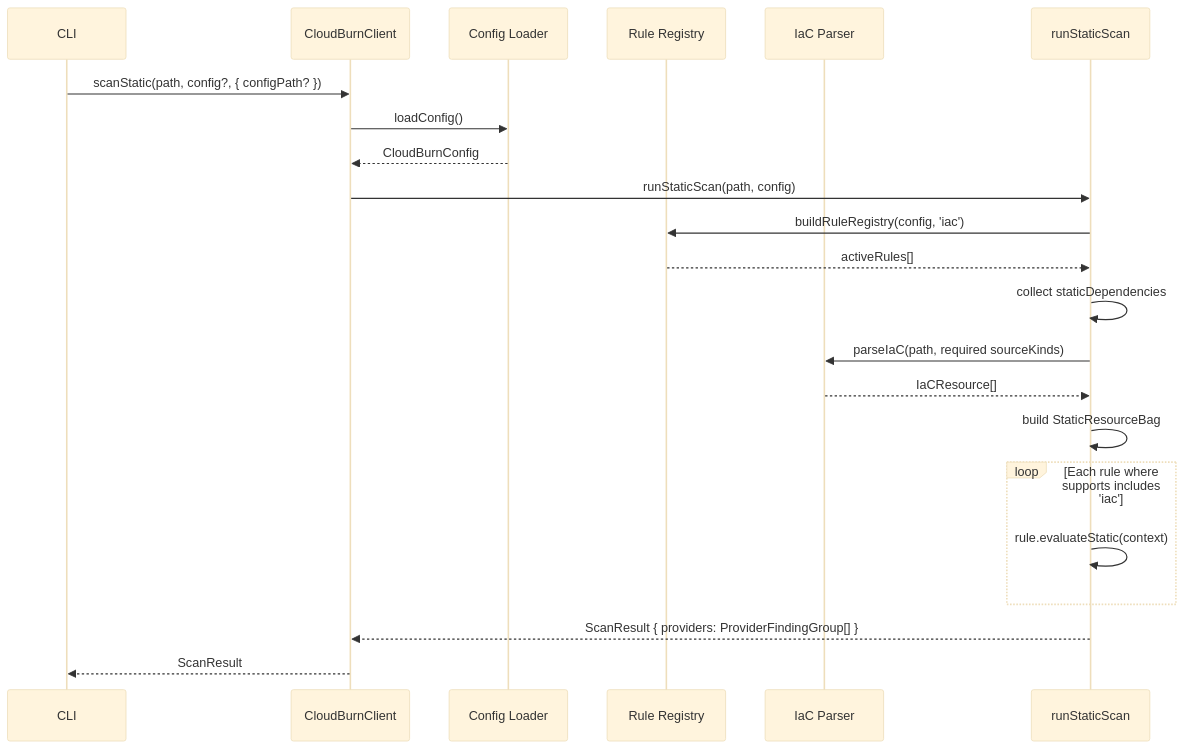
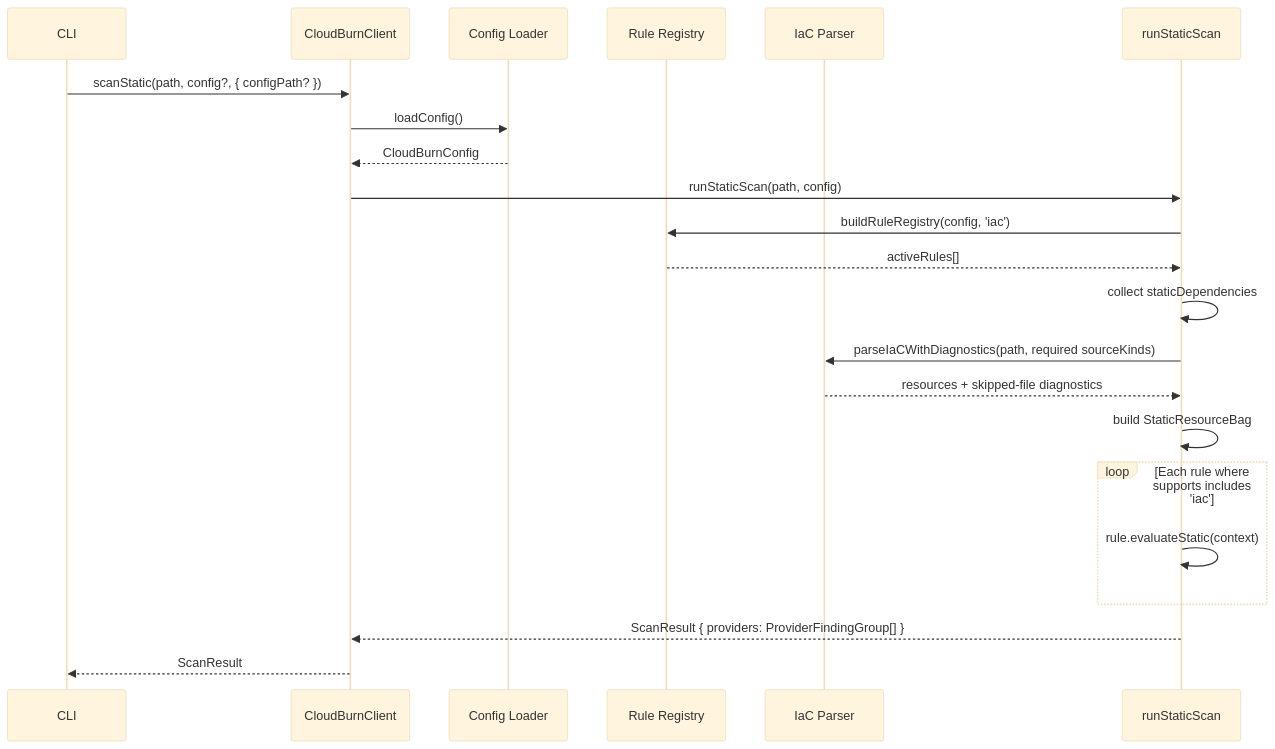
Before and after one commit to towardsthecloud/cloudburn: the second of 3 diagrams in docs/ARCHITECTURE.md, drawn with Mermaid (base theme). The commit also changed 36 other files, not shown here.

````diff
--- a/docs/ARCHITECTURE.md
+++ b/docs/ARCHITECTURE.md
@@ -19,25 +19,25 @@
 ```mermaid
 sequenceDiagram
   participant CLI
   participant Scanner as CloudBurnClient
   participant Config as Config Loader
   participant Registry as Rule Registry
   participant Parser as IaC Parser
   participant Engine as runStaticScan
 
   CLI->>Scanner: scanStatic(path, config?, { configPath? })
   Scanner->>Config: loadConfig()
   Config-->>Scanner: CloudBurnConfig
   Scanner->>Engine: runStaticScan(path, config)
   Engine->>Registry: buildRuleRegistry(config, 'iac')
   Registry-->>Engine: activeRules[]
   Engine->>Engine: collect staticDependencies
-  Engine->>Parser: parseIaC(path, required sourceKinds)
-  Parser-->>Engine: IaCResource[]
+  Engine->>Parser: parseIaCWithDiagnostics(path, required sourceKinds)
+  Parser-->>Engine: resources + skipped-file diagnostics
   Engine->>Engine: build StaticResourceBag
   loop Each rule where supports includes 'iac'
     Engine->>Engine: rule.evaluateStatic(context)
   end
   Engine-->>Scanner: ScanResult { providers: ProviderFindingGroup[] }
   Scanner-->>CLI: ScanResult
 ```
````
